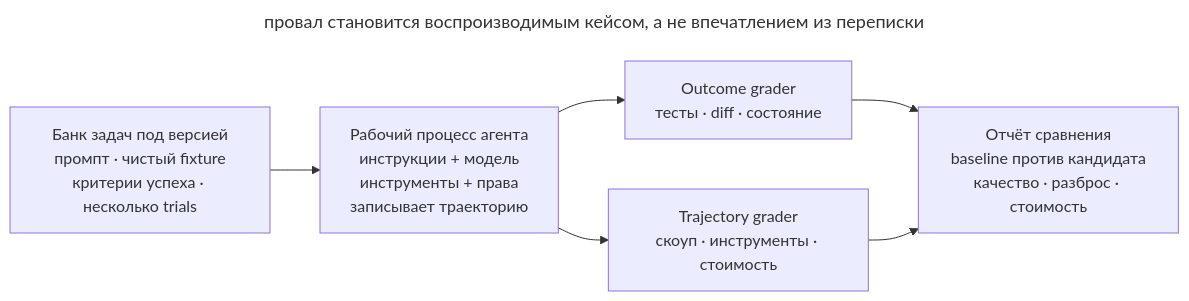
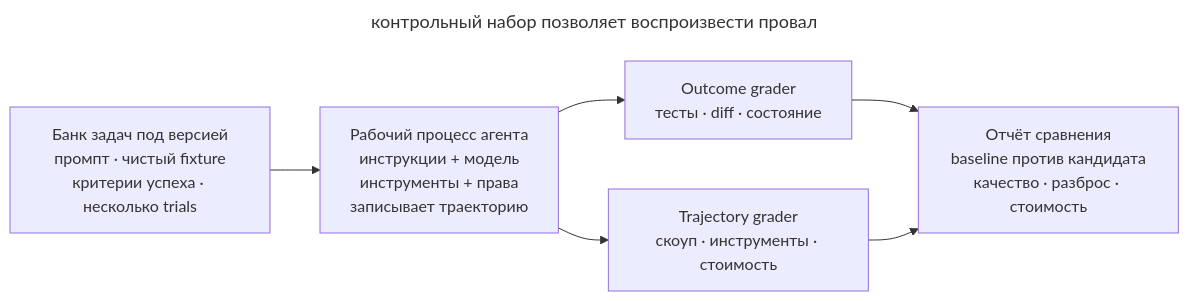
Before and after one commit to Rastavelli/agentic-coding-design-patterns: the diagram in book/ru/agent-workflow-evals.md, drawn with Mermaid. The commit also changed 24 other files, not shown here.

Commit message:
docs: finish Russian prose review and align diagram captions

````diff
--- a/book/ru/agent-workflow-evals.md
+++ b/book/ru/agent-workflow-evals.md
@@ -41,14 +41,14 @@
 ```mermaid
 ---
-title: провал становится воспроизводимым кейсом, а не впечатлением из переписки
+title: контрольный набор позволяет воспроизвести провал
 ---
 flowchart LR
   suite["Банк задач под версией<br/>промпт · чистый fixture<br/>критерии успеха · несколько trials"]:::accent
   harness["Рабочий процесс агента<br/>инструкции + модель<br/>инструменты + права<br/>записывает траекторию"]
   outcome["Outcome grader<br/>тесты · diff · состояние"]
   trajectory["Trajectory grader<br/>скоуп · инструменты · стоимость"]
   report["Отчёт сравнения<br/>baseline против кандидата<br/>качество · разброс · стоимость"]:::accent
   suite --> harness
   harness --> outcome --> report
   harness --> trajectory --> report
 ```
````
